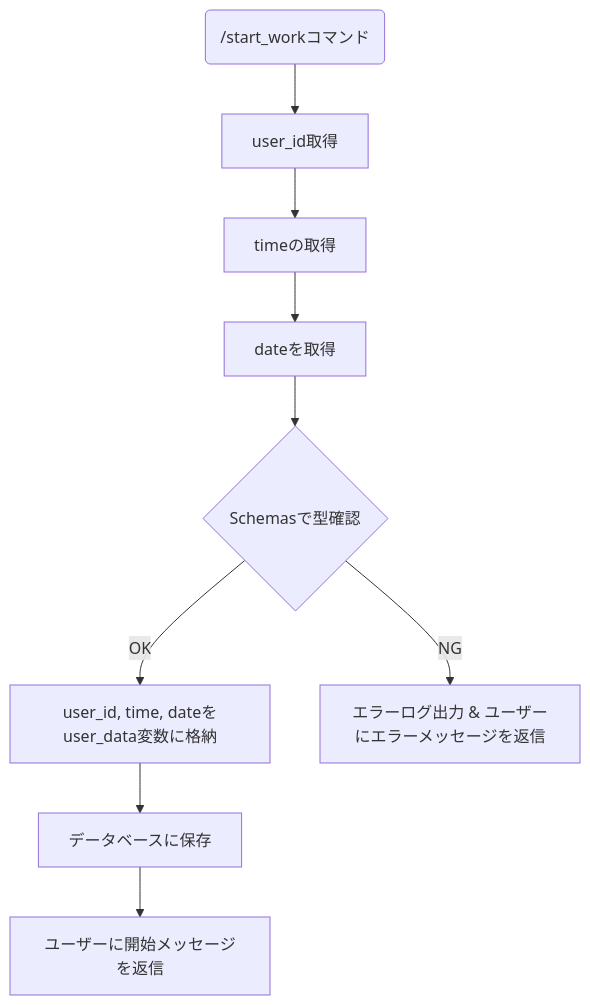
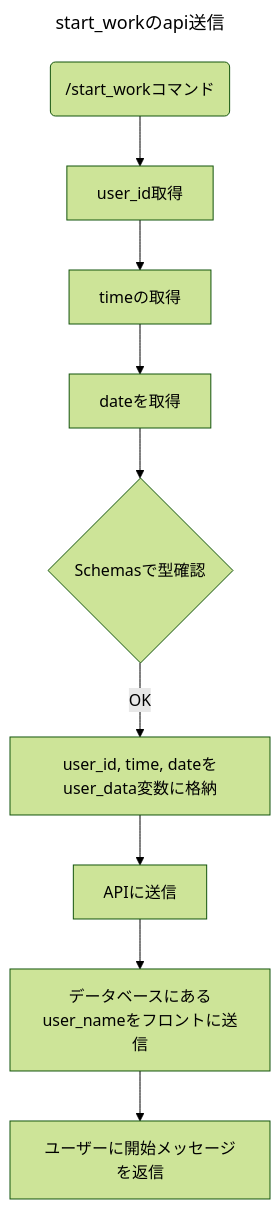
Before and after one commit to rabin0630/DiscordWorkLogger: the diagram in docs/flowchart.md, drawn with Mermaid. The commit also changed 1 other file, not shown here.

Commit message:
feat: 出勤記録をAPIで処理するため、start_workコマンドに通信処理を追加
- コマンド名をinからstart_workに変更し、APIと名称を統一
- requestsを用いてAPIへ出勤データのPOSTリクエストを送信する処理を実装
- フローチャートの不要な分岐を削除し、API送信の仕様に合わせて図を修正

````diff
--- a/docs/flowchart.md
+++ b/docs/flowchart.md
@@ -1,13 +1,18 @@
 ```mermaid
+---
+title: start_workのapi送信
+config:
+  theme: forest
+---
 flowchart TD
     A(/start_workコマンド) --> B[user_id取得]
     B --> C[timeの取得]
     C --> D[dateを取得]
     D --> E{Schemasで型確認}
     E -->|OK| F[user_id, time, dateをuser_data変数に格納]
-    E -->|NG| G[エラーログ出力 & ユーザーにエラーメッセージを返信]
-    F --> H[データベースに保存]
-    H --> I[ユーザーに開始メッセージを返信]
+    F --> H[APIに送信]
+    H --> J[データベースにあるuser_nameをフロントに送信]
+    J --> I[ユーザーに開始メッセージを返信]
 
 
 ```
````
